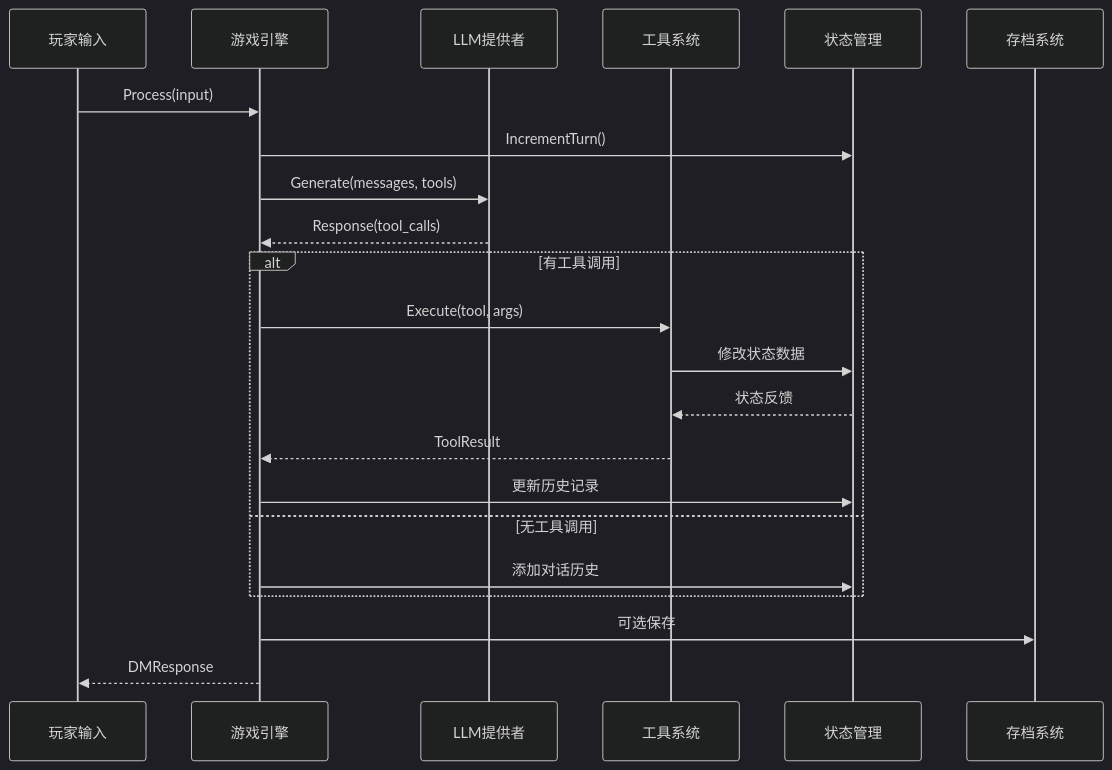
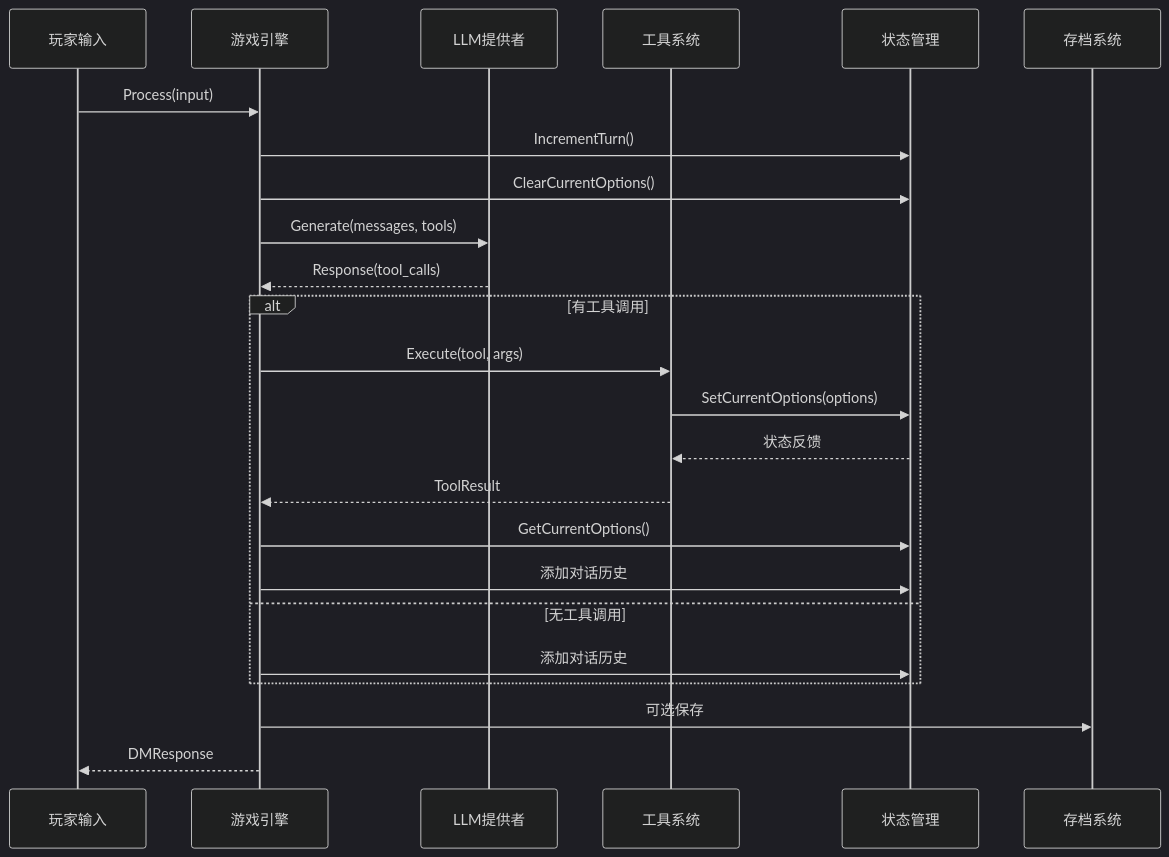
The third of 9 diagrams in .qoder/repowiki/zh/content/游戏引擎架构/状态管理系统.md (zwh8800/cdnd), drawn with Mermaid (dark theme) before and after one commit. The commit also changed other lines of this file and 5 other files, not shown here.

````diff
--- a/.qoder/repowiki/zh/content/游戏引擎架构/状态管理系统.md
+++ b/.qoder/repowiki/zh/content/游戏引擎架构/状态管理系统.md
@@ -174,24 +192,26 @@
 ```mermaid
 sequenceDiagram
 participant Player as 玩家输入
 participant Engine as 游戏引擎
 participant LLM as LLM提供者
 participant Tools as 工具系统
 participant State as 状态管理
 participant Save as 存档系统
 Player->>Engine : Process(input)
 Engine->>State : IncrementTurn()
+Engine->>State : ClearCurrentOptions()
 Engine->>LLM : Generate(messages, tools)
 LLM-->>Engine : Response(tool_calls)
 alt 有工具调用
 Engine->>Tools : Execute(tool, args)
-Tools->>State : 修改状态数据
+Tools->>State : SetCurrentOptions(options)
 State-->>Tools : 状态反馈
 Tools-->>Engine : ToolResult
-Engine->>State : 更新历史记录
+Engine->>State : GetCurrentOptions()
+Engine->>State : 添加对话历史
 else 无工具调用
 Engine->>State : 添加对话历史
 end
 Engine->>Save : 可选保存
 Engine-->>Player : DMResponse
 ```
````
